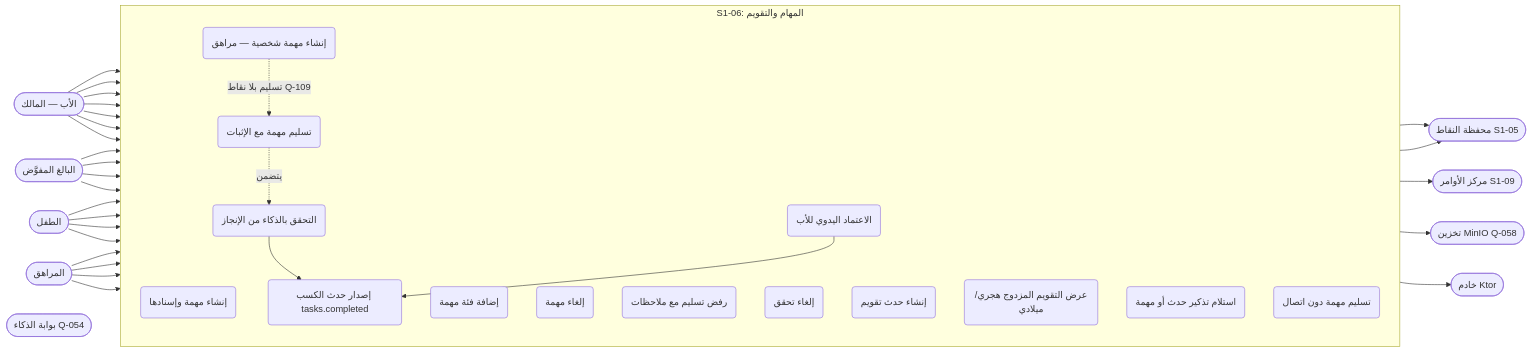
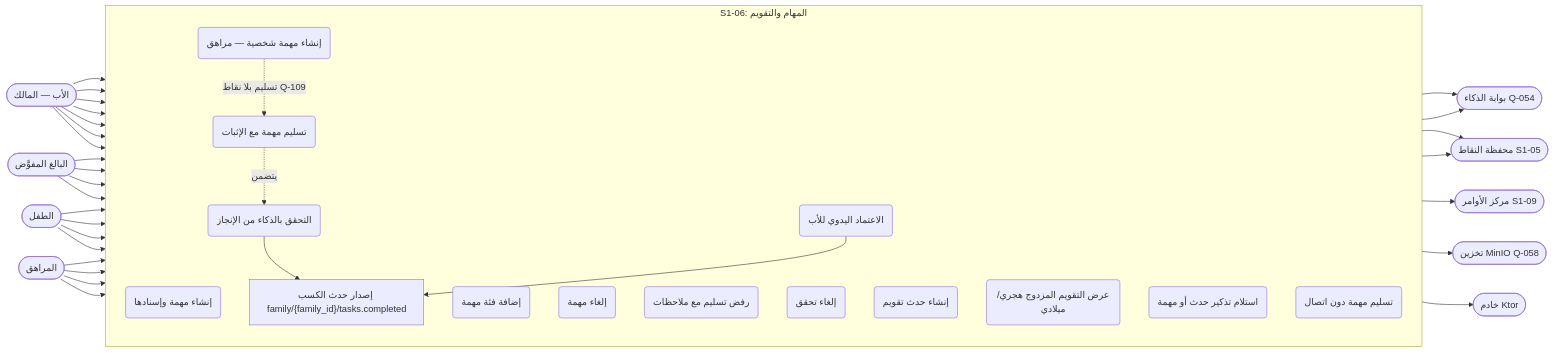
The first of 12 diagrams in docs/family-os/governance/phases/phase-1/S1-06-tasks-and-calendar/DIAGRAMS.md (Bassam-mohammed-alqaeadi/family-os-v2), drawn with Mermaid before and after one commit. The commit also changed other lines of this file and 10 other files, not shown here.

Commit message:
إغلاق المراجعة الشاملة R1–R5 (Q-196…Q-231) — المخططات DIAGRAMS + خريطة السياق (2/4)

````diff
--- a/docs/family-os/governance/phases/phase-1/S1-06-tasks-and-calendar/DIAGRAMS.md
+++ b/docs/family-os/governance/phases/phase-1/S1-06-tasks-and-calendar/DIAGRAMS.md
@@ -14,59 +14,61 @@
 ```mermaid
 flowchart LR
     Father([الأب — المالك])
     Adult([البالغ المفوَّض])
     Child([الطفل])
     Teen([المراهق])
     AI([بوابة الذكاء Q-054])
     Server([خادم Ktor])
     S105([محفظة النقاط S1-05])
     S109([مركز الأوامر S1-09])
     MinIO([تخزين MinIO Q-058])
 
     subgraph S106 [S1-06: المهام والتقويم]
         direction TB
         UC1(إنشاء مهمة وإسنادها)
         UC2(إضافة فئة مهمة)
         UC3(إلغاء مهمة)
         UC4(تسليم مهمة مع الإثبات)
         UC5(التحقق بالذكاء من الإنجاز)
         UC6(الاعتماد اليدوي للأب)
         UC7(رفض تسليم مع ملاحظات)
         UC8(إلغاء تحقق)
         UC9(إنشاء حدث تقويم)
         UC10(عرض التقويم المزدوج هجري/ميلادي)
         UC11(استلام تذكير حدث أو مهمة)
         UC12(إنشاء مهمة شخصية — مراهق)
         UC13(تسليم مهمة دون اتصال)
-        UC14(إصدار حدث الكسب tasks.completed)
+        UC14["إصدار حدث الكسب family/{family_id}/tasks.completed"]
     end
 
     Father --> UC1
     Father --> UC2
     Father --> UC3
     Father --> UC6
     Father --> UC7
     Father --> UC8
     Father --> UC9
     Adult --> UC1
     Adult --> UC3
     Adult --> UC6
     Adult --> UC9
     Child --> UC4
     Child --> UC10
     Child --> UC11
     Child --> UC13
     Teen --> UC4
     Teen --> UC10
     Teen --> UC11
     Teen --> UC12
     UC4 -.->|يتضمن| UC5
+    UC4 --> AI
+    UC5 --> AI
     UC5 --> UC14
     UC6 --> UC14
     UC14 --> S105
     UC4 --> S109
     UC5 --> MinIO
     UC8 --> S105
     UC13 --> Server
     UC12 -.->|تسليم بلا نقاط Q-109| UC4
 ```
````
